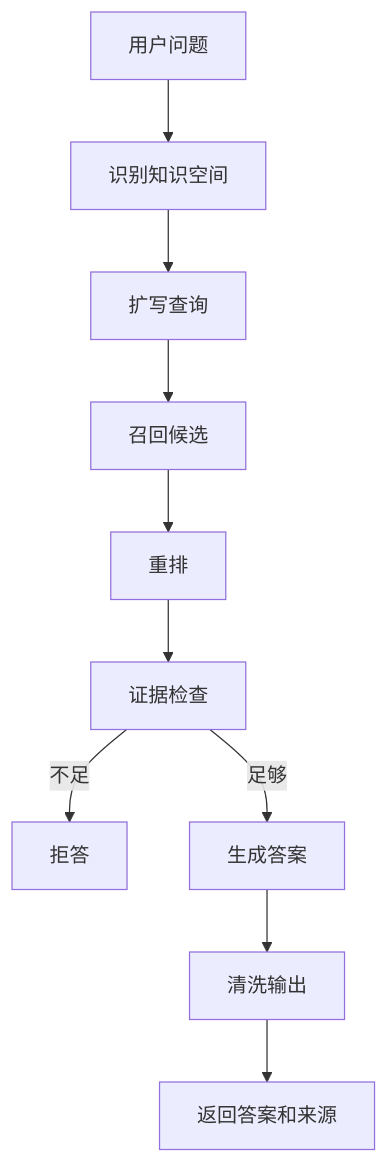
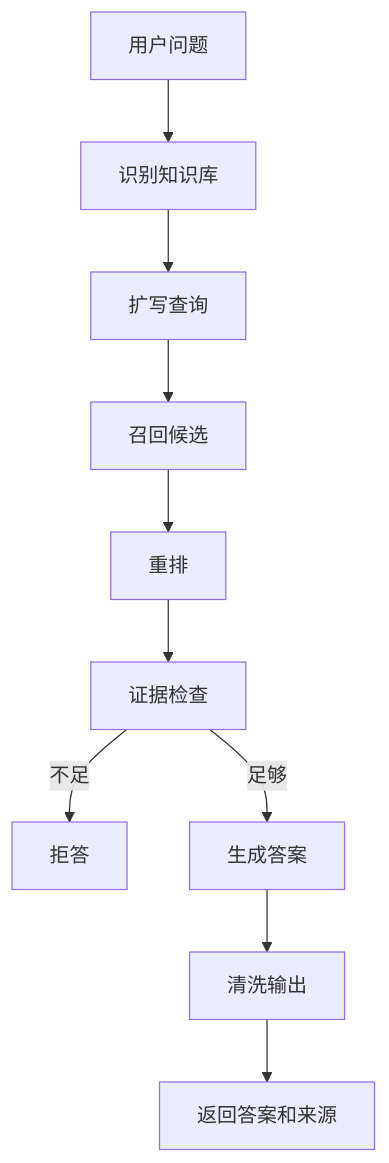
One commit to emotion-exit/rag-agent changed the fifth of 5 diagrams in docs/项目功能解析与实践总结.md. Above: the diagram before and after it, drawn with Mermaid. The commit also changed other lines of this file and 22 other files, not shown here.

````diff
--- a/docs/项目功能解析与实践总结.md
+++ b/docs/项目功能解析与实践总结.md
@@ -139,12 +139,12 @@
 ```mermaid
 flowchart TD
-	A[用户问题] --> B[识别知识空间]
+	A[用户问题] --> B[识别知识库]
 	B --> C[扩写查询]
 	C --> D[召回候选]
 	D --> E[重排]
 	E --> F[证据检查]
 	F -->|不足| G[拒答]
 	F -->|足够| H[生成答案]
 	H --> I[清洗输出]
 	I --> J[返回答案和来源]
 ```
````
